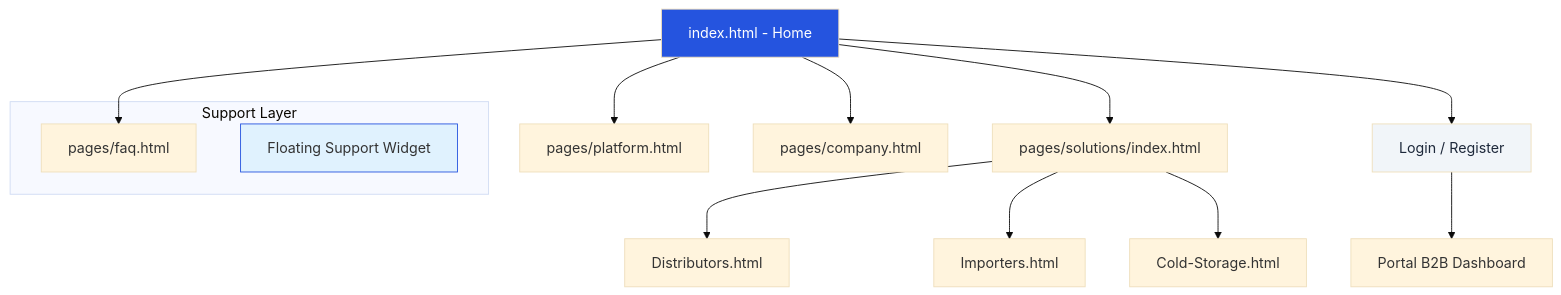
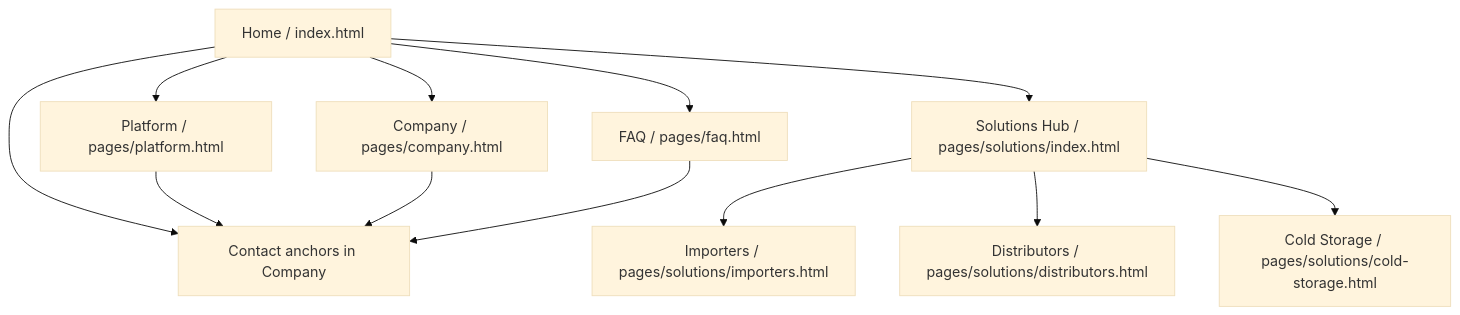
The diagram in report/40-chapter-4-product-design/4-2-information-architecture.md (upc-pre-202610-1asi0730-12242-king/nexa-ecosystem-report), drawn with Mermaid (base theme) before and after one commit. The commit also changed other lines of this file and 45 other files, not shown here.

````diff
--- a/report/40-chapter-4-product-design/4-2-information-architecture.md
+++ b/report/40-chapter-4-product-design/4-2-information-architecture.md
@@ -26,23 +15,16 @@
 ```mermaid
 graph TD
-    Root[index.html - Home] --> Platform[pages/platform.html]
-    Root --> Solutions[pages/solutions/index.html]
-    Root --> Company[pages/company.html]
-    Root --> FAQ[pages/faq.html]
-    
-    Solutions --> S1[Distributors.html]
-    Solutions --> S2[Importers.html]
-    Solutions --> S3[Cold-Storage.html]
-    
-    Root --> Auth[Login / Register]
-    Auth --> Dashboard[Portal B2B Dashboard]
-    
-    subgraph "Support Layer"
-        FAQ
-        SupportHub[Floating Support Widget]
-    end
-    
-    style Root fill:#2554df,color:#fff
-    style Auth fill:#f1f5f9,color:#1e293b
-    style SupportHub fill:#e0f2fe,stroke:#2554df
+    Home["Home / index.html"] --> Platform["Platform / pages/platform.html"]
+    Home --> Solutions["Solutions Hub / pages/solutions/index.html"]
+    Home --> Company["Company / pages/company.html"]
+    Home --> FAQ["FAQ / pages/faq.html"]
+
+    Solutions --> Importers["Importers / pages/solutions/importers.html"]
+    Solutions --> Distributors["Distributors / pages/solutions/distributors.html"]
+    Solutions --> Storage["Cold Storage / pages/solutions/cold-storage.html"]
+
+    Home --> Contact["Contact anchors in Company"]
+    Platform --> Contact
+    Company --> Contact
+    FAQ --> Contact
 ```
````
